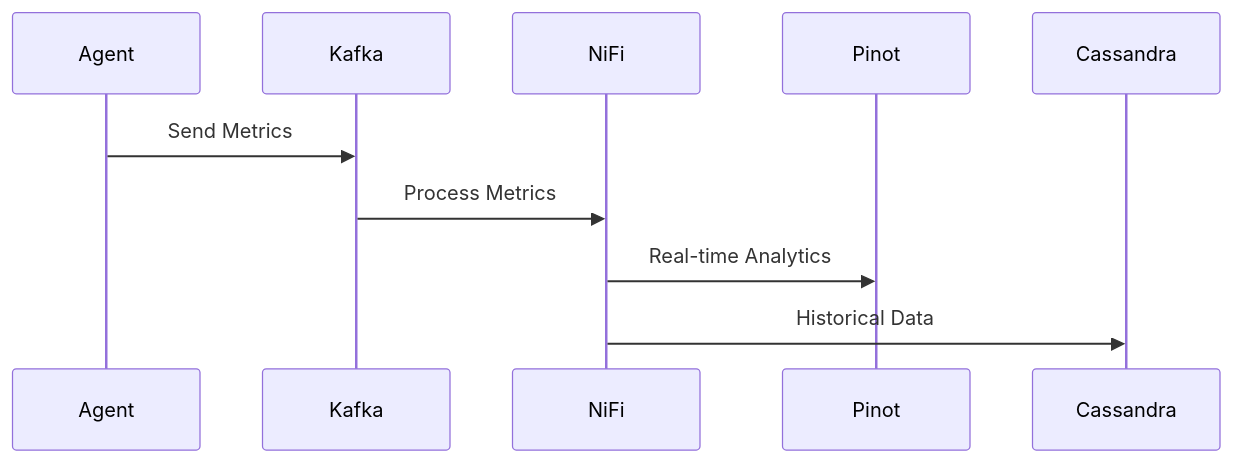
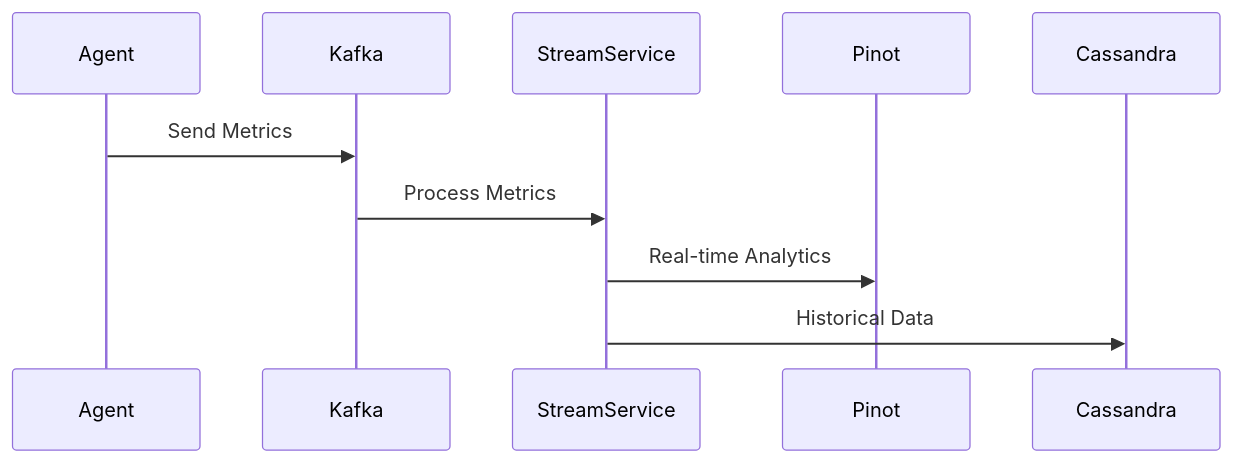
One commit to flamingo-stack/openframe-oss-tenant changed the ninth of 10 diagrams in docs/docs/development/architecture/data-flow.md. Above: the diagram before and after it, drawn with Mermaid. The commit also changed other lines of this file and 7 other files, not shown here.

First line of the commit message:
Update architecture diagrams and remove outdated NiFi references

````diff
--- a/docs/docs/development/architecture/data-flow.md
+++ b/docs/docs/development/architecture/data-flow.md
@@ -196,13 +198,13 @@
 ```mermaid
 sequenceDiagram
     participant Agent
     participant Kafka
-    participant NiFi
+    participant StreamService
     participant Pinot
     participant Cassandra
 
     Agent->>Kafka: Send Metrics
-    Kafka->>NiFi: Process Metrics
-    NiFi->>Pinot: Real-time Analytics
-    NiFi->>Cassandra: Historical Data
+    Kafka->>StreamService: Process Metrics
+    StreamService->>Pinot: Real-time Analytics
+    StreamService->>Cassandra: Historical Data
 ```
````
